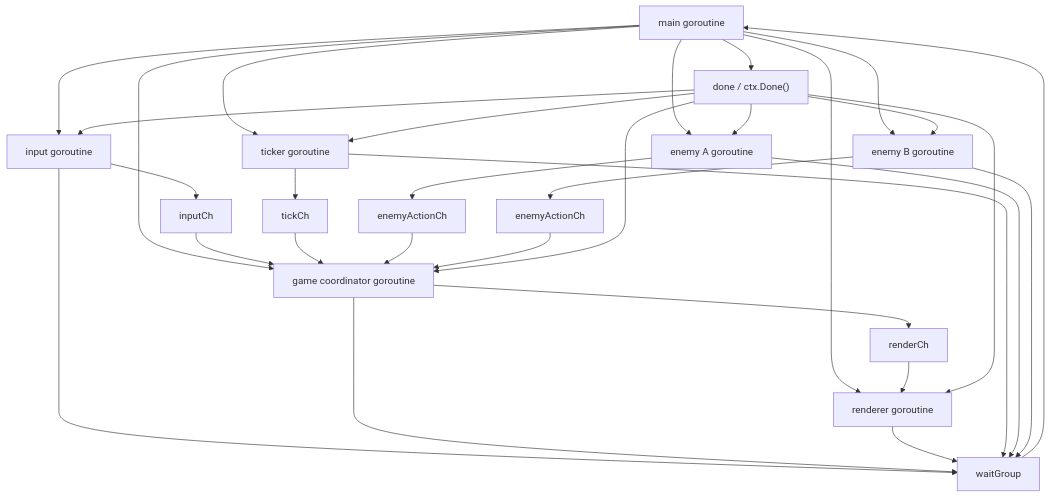
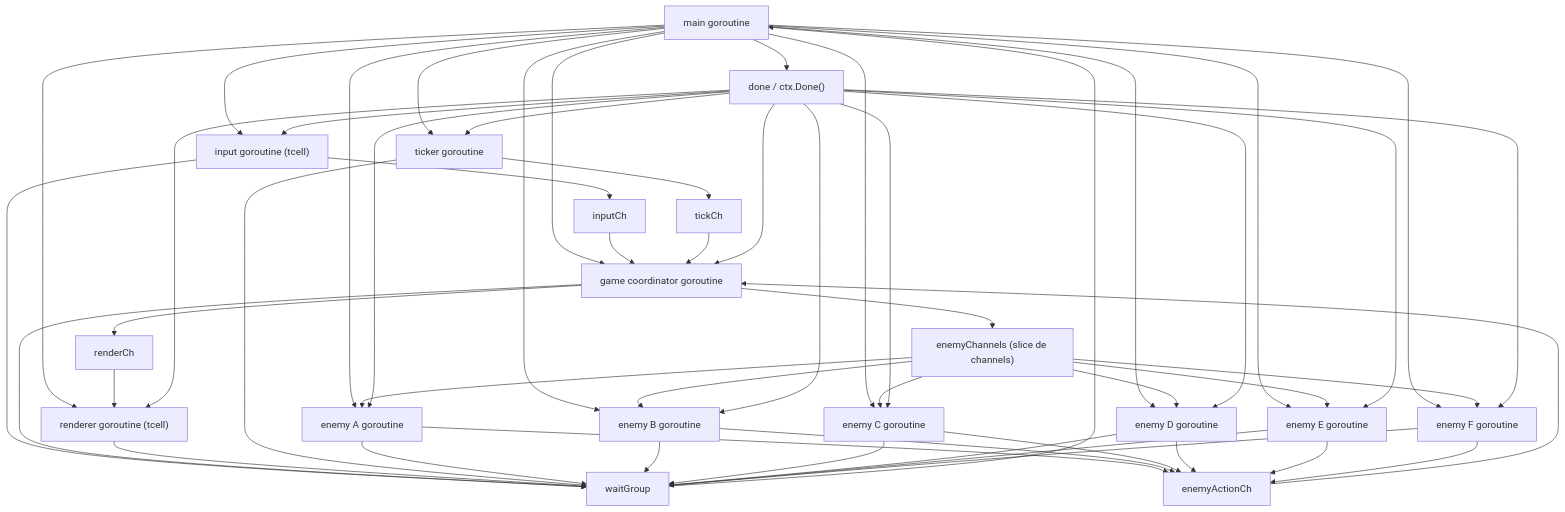
One commit to VitorVenturini/JogoConcorrente changed the diagram in ARQUITETURA.md. Above: the diagram before and after it, drawn with Mermaid. The commit also changed other lines of this file and 5 other files, not shown here.

First line of the commit message:
Refactor game architecture and enhance gameplay features

````diff
--- a/ARQUITETURA.md
+++ b/ARQUITETURA.md
@@ -54,47 +49,36 @@
 ```mermaid
 flowchart TD
-    M["main goroutine"]
-    I["input goroutine"]
-    C["game coordinator goroutine"]
-    R["renderer goroutine"]
-    T["ticker goroutine"]
-    E1["enemy A goroutine"]
-    E2["enemy B goroutine"]
+     M["main goroutine"]
+     I["input goroutine (tcell)"]
+     C["game coordinator goroutine"]
+     R["renderer goroutine (tcell)"]
+     T["ticker goroutine"]
+     E1["enemy A goroutine"]
+     E2["enemy B goroutine"]
+     E3["enemy C goroutine"]
+    E4["enemy D goroutine"]
+    E5["enemy E goroutine"]
+    E6["enemy F goroutine"]
 
-    IC["inputCh"]
-    TC["tickCh"]
-    E1C["enemyActionCh"]
-    E2C["enemyActionCh"]
-    RC["renderCh"]
-    DC["done / ctx.Done()"]
-    WC["waitGroup"]
+     IC["inputCh"]
+     TC["tickCh"]
+     EAC["enemyActionCh"]
+     RC["renderCh"]
+     ESC["enemyChannels (slice de channels)"]
+     DC["done / ctx.Done()"]
+     WC["waitGroup"]
 
-    M --> I
-    M --> C
-    M --> R
-    M --> T
-    M --> E1
-    M --> E2
+    M --> I & C & R & T & E1 & E2 & E3 & E4 & E5 & E6
 
-    I --> IC --> C
-    T --> TC --> C
-    E1 --> E1C --> C
-    E2 --> E2C --> C
-    C --> RC --> R
+     I --> IC --> C
+     T --> TC --> C
+    E1 & E2 & E3 & E4 & E5 & E6 --> EAC --> C
+     C --> RC --> R
+    C --> ESC --> E1 & E2 & E3 & E4 & E5 & E6
 
-    M --> DC
-    DC --> I
-    DC --> C
-    DC --> R
-    DC --> T
-    DC --> E1
-    DC --> E2
+     M --> DC
+    DC --> I & C & R & T & E1 & E2 & E3 & E4 & E5 & E6
 
-    I --> WC
-    C --> WC
-    R --> WC
-    T --> WC
-    E1 --> WC
-    E2 --> WC
-    WC --> M
+    I & C & R & T & E1 & E2 & E3 & E4 & E5 & E6 --> WC
+     WC --> M
 ```
````
